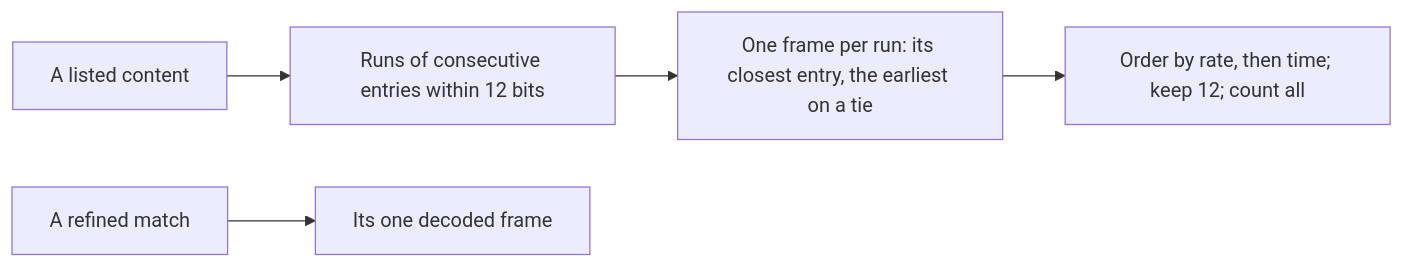
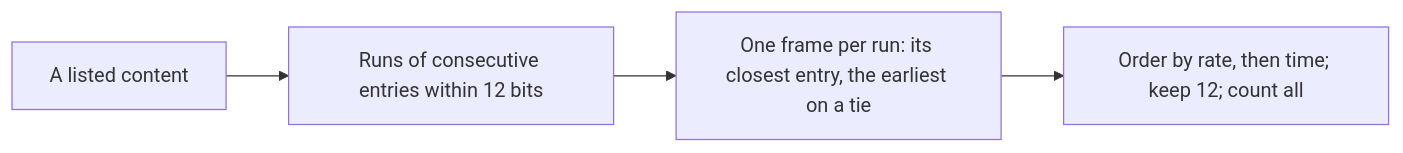
One commit to syudead/vv changed the fourth of 4 diagrams in docs/design-docs/image-search.md. Above: the diagram before and after it, drawn with Mermaid. The commit also changed other lines of this file and 20 other files, not shown here.

````diff
--- a/docs/design-docs/image-search.md
+++ b/docs/design-docs/image-search.md
@@ -177,7 +165,6 @@
 ```mermaid
 flowchart LR
   listed[A listed content] --> runs[Runs of consecutive entries within 12 bits]
   runs --> one[One frame per run: its closest entry, the earliest on a tie]
   one --> order[Order by rate, then time; keep 12; count all]
-  refined[A refined match] --> single[Its one decoded frame]
 ```
````
